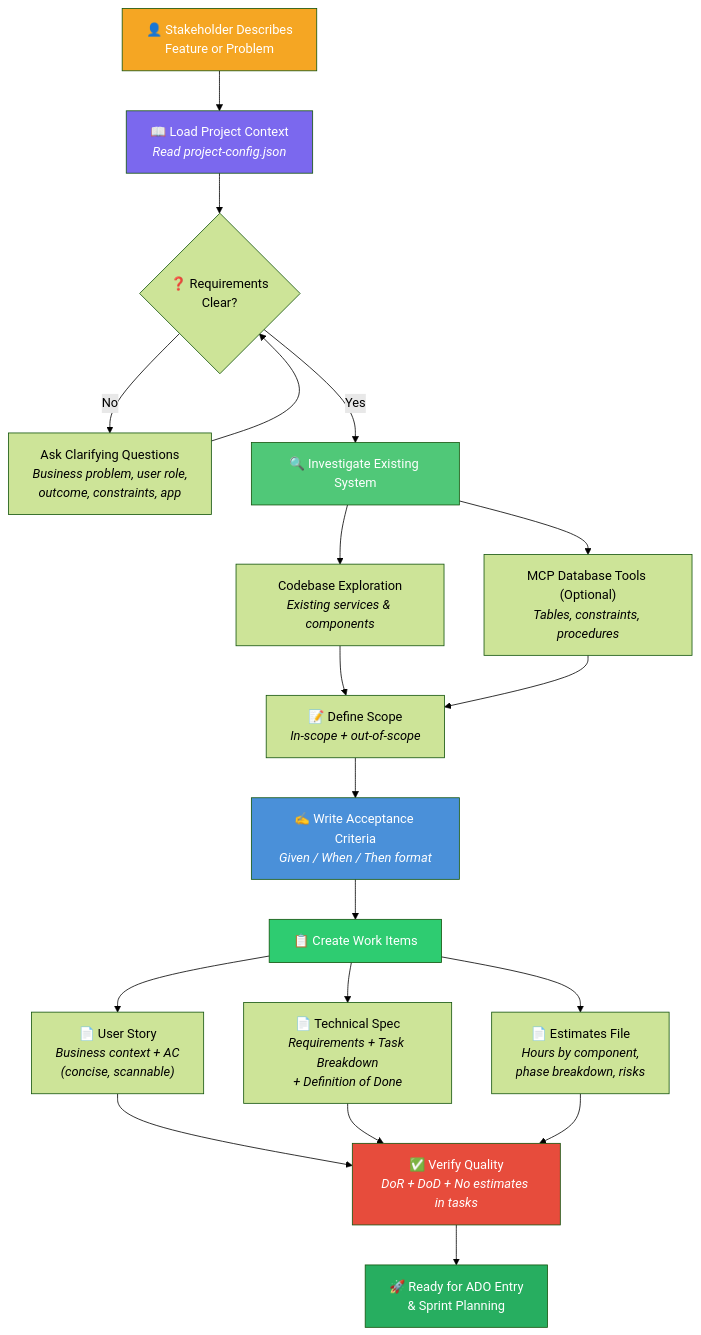
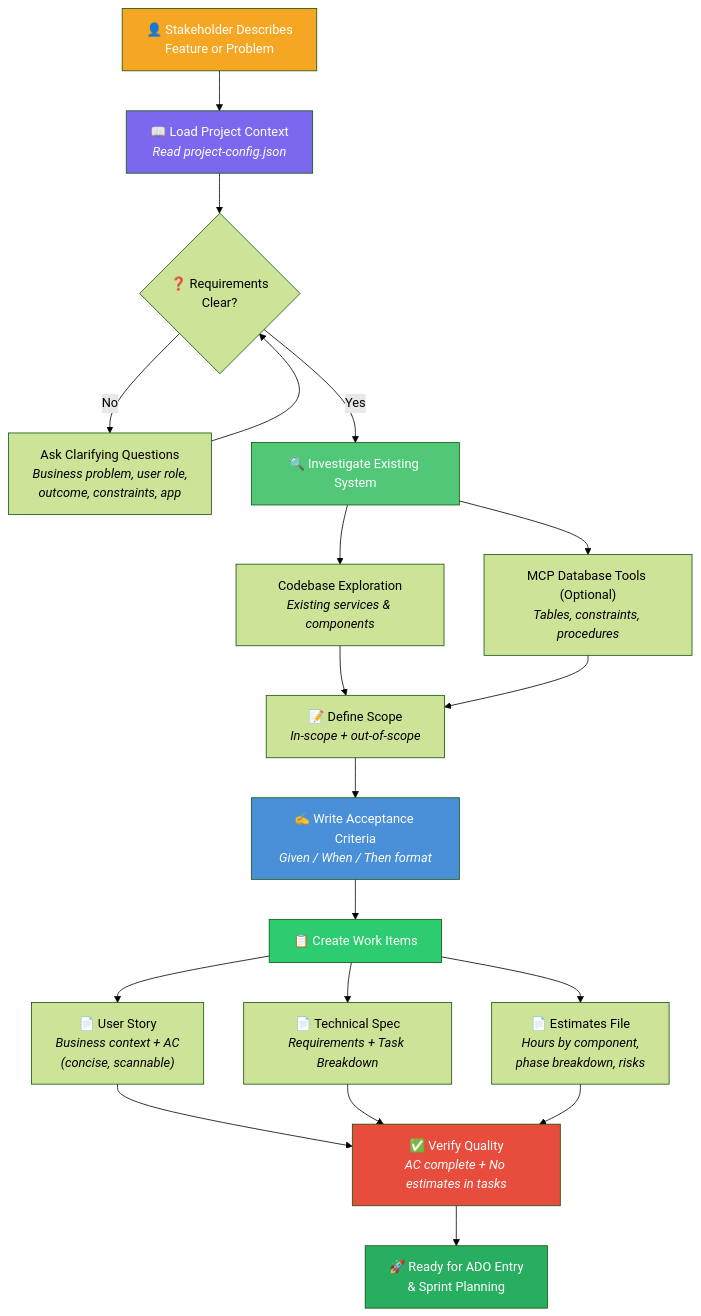
Before and after one commit to dnewton-brocksolutions/copilot-product-analyst: the second of 6 diagrams in documentation/PA-AGENT-DIAGRAMS.md, drawn with Mermaid (forest theme). The commit also changed other lines of this file and 10 other files, not shown here.

````diff
--- a/documentation/PA-AGENT-DIAGRAMS.md
+++ b/documentation/PA-AGENT-DIAGRAMS.md
@@ -71,35 +71,35 @@
 ```mermaid
 flowchart TD
     A["👤 Stakeholder Describes<br/>Feature or Problem"] --> B["📖 Load Project Context<br/><i>Read project-config.json</i>"]
     B --> C{"❓ Requirements<br/>Clear?"}
     C -->|No| D["Ask Clarifying Questions<br/><i>Business problem, user role,<br/>outcome, constraints, app</i>"]
     D --> C
     C -->|Yes| E["🔍 Investigate Existing System"]
 
     E --> E1["Codebase Exploration<br/><i>Existing services & components</i>"]
     E --> E2["MCP Database Tools (Optional)<br/><i>Tables, constraints, procedures</i>"]
 
     E1 --> F["📝 Define Scope<br/><i>In-scope + out-of-scope</i>"]
     E2 --> F
 
     F --> G["✍️ Write Acceptance Criteria<br/><i>Given / When / Then format</i>"]
     G --> H["📋 Create Work Items"]
 
     H --> H1["📄 User Story<br/><i>Business context + AC<br/>(concise, scannable)</i>"]
-    H --> H2["📄 Technical Spec<br/><i>Requirements + Task Breakdown<br/>+ Definition of Done</i>"]
+    H --> H2["📄 Technical Spec<br/><i>Requirements + Task Breakdown</i>"]
     H --> H3["📄 Estimates File<br/><i>Hours by component,<br/>phase breakdown, risks</i>"]
 
-    H1 --> I["✅ Verify Quality<br/><i>DoR + DoD + No estimates in tasks</i>"]
+    H1 --> I["✅ Verify Quality<br/><i>AC complete + No estimates in tasks</i>"]
     H2 --> I
     H3 --> I
 
     I --> J["🚀 Ready for ADO Entry<br/>& Sprint Planning"]
 
     style A fill:#F5A623,color:#fff
     style B fill:#7B68EE,color:#fff
     style E fill:#50C878,color:#fff
     style G fill:#4A90D9,color:#fff
     style H fill:#2ECC71,color:#fff
     style I fill:#E74C3C,color:#fff
     style J fill:#27AE60,color:#fff
 ```
````
